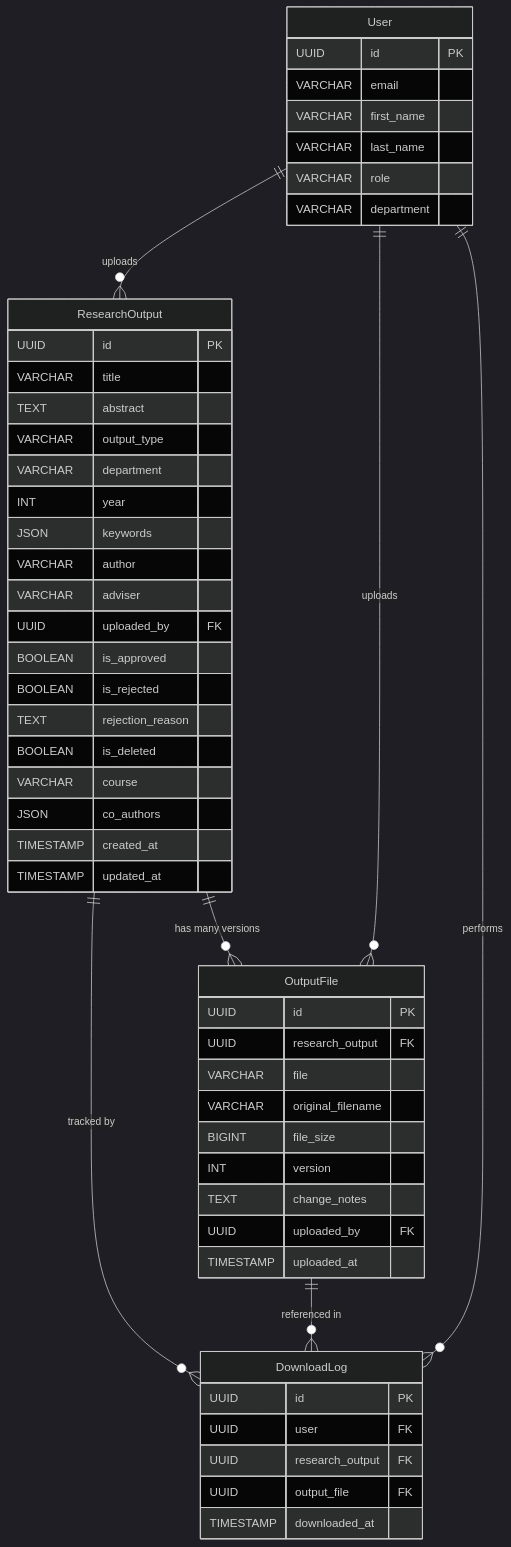
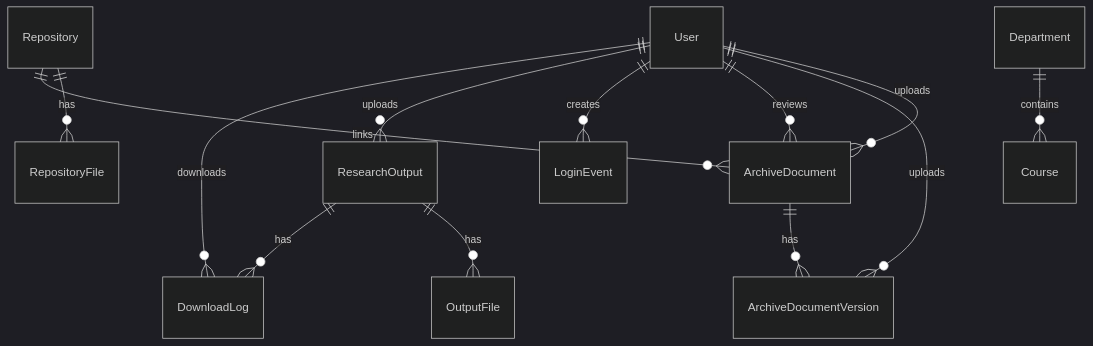
One commit to vinxe94/SaliksikLab changed the second of 3 diagrams in SYSTEM_DESIGN.md. Above: the diagram before and after it, drawn with Mermaid (dark theme). The commit also changed other lines of this file and 59 other files, not shown here.

````diff
--- a/SYSTEM_DESIGN.md
+++ b/SYSTEM_DESIGN.md
@@ -320,59 +125,16 @@
 ```mermaid
 erDiagram
-    ResearchOutput ||--o{ OutputFile : "has many versions"
-    ResearchOutput ||--o{ DownloadLog : "tracked by"
-    OutputFile ||--o{ DownloadLog : "referenced in"
-    User ||--o{ ResearchOutput : "uploads"
-    User ||--o{ OutputFile : "uploads"
-    User ||--o{ DownloadLog : "performs"
-    
-    ResearchOutput {
-        UUID id PK
-        VARCHAR title
-        TEXT abstract
-        VARCHAR output_type
-        VARCHAR department
-        INT year
-        JSON keywords
-        VARCHAR author
-        VARCHAR adviser
-        UUID uploaded_by FK
-        BOOLEAN is_approved
-        BOOLEAN is_rejected
-        TEXT rejection_reason
-        BOOLEAN is_deleted
-        VARCHAR course
-        JSON co_authors
-        TIMESTAMP created_at
-        TIMESTAMP updated_at
-    }
-    
-    OutputFile {
-        UUID id PK
-        UUID research_output FK
-        VARCHAR file
-        VARCHAR original_filename
-        BIGINT file_size
-        INT version
-        TEXT change_notes
-        UUID uploaded_by FK
-        TIMESTAMP uploaded_at
-    }
-    
-    DownloadLog {
-        UUID id PK
-        UUID user FK
-        UUID research_output FK
-        UUID output_file FK
-        TIMESTAMP downloaded_at
-    }
-    
-    User {
-        UUID id PK
-        VARCHAR email
-        VARCHAR first_name
-        VARCHAR last_name
-        VARCHAR role
-        VARCHAR department
-    }
+    User ||--o{ ArchiveDocument : uploads
+    User ||--o{ ArchiveDocumentVersion : uploads
+    User ||--o{ ArchiveDocument : reviews
+    User ||--o{ LoginEvent : creates
+    User ||--o{ ResearchOutput : uploads
+    User ||--o{ DownloadLog : downloads
+
+    Department ||--o{ Course : contains
+    ArchiveDocument ||--o{ ArchiveDocumentVersion : has
+    ResearchOutput ||--o{ OutputFile : has
+    ResearchOutput ||--o{ DownloadLog : has
+    Repository ||--o{ RepositoryFile : has
+    Repository ||--o{ ArchiveDocument : links
 ```
````
